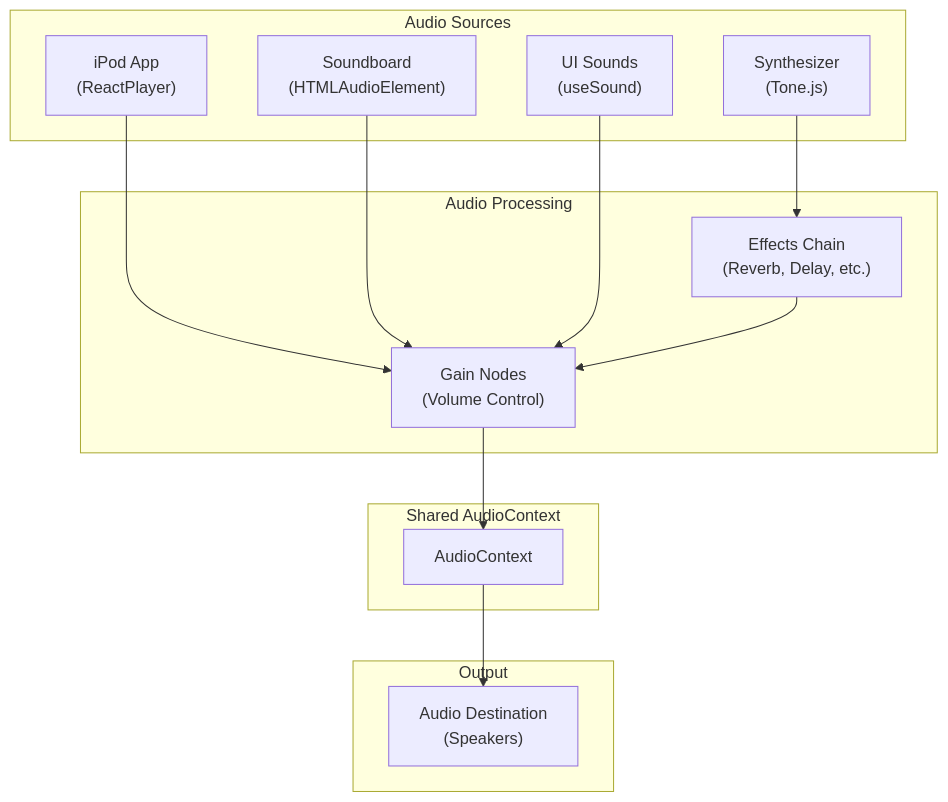
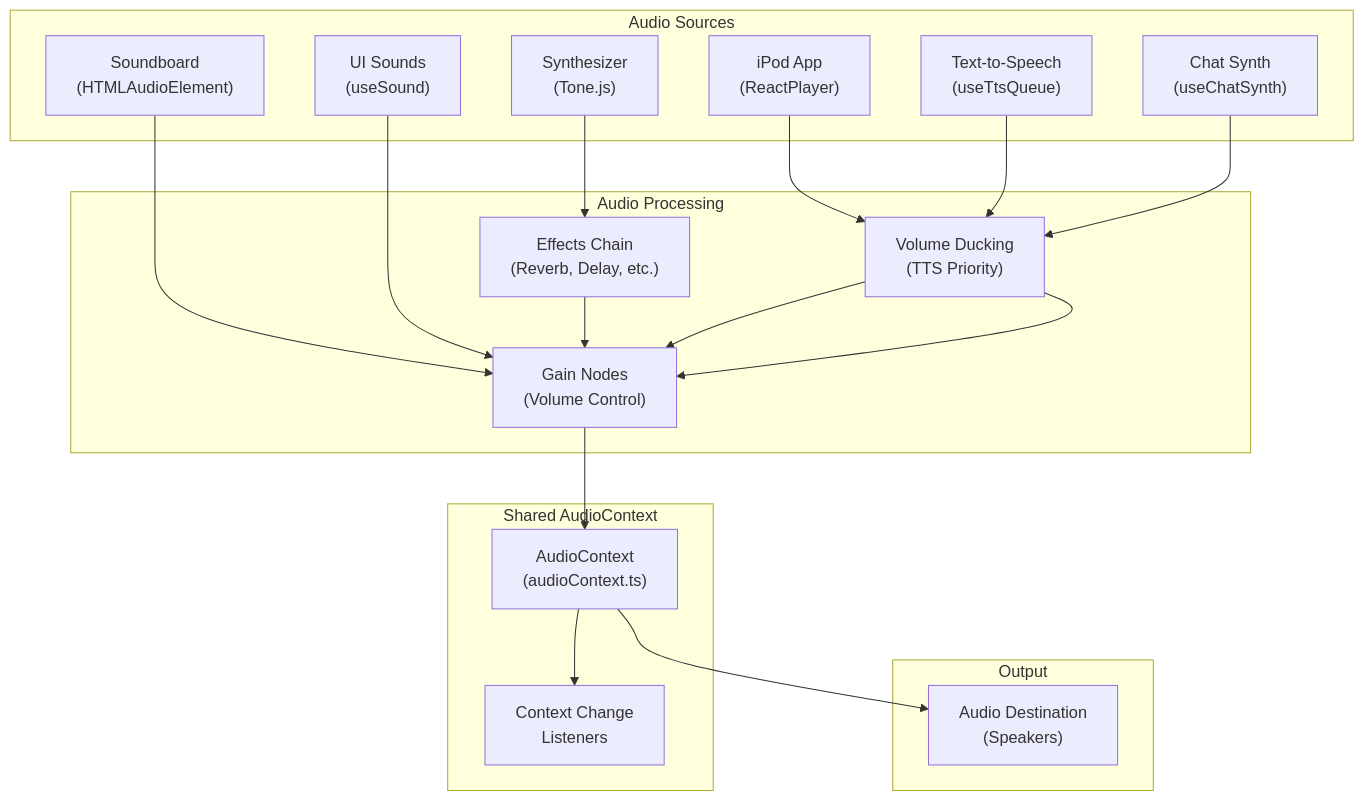
Before and after one commit to ryokun6/ryos: the first of 3 diagrams in docs/6-audio-system.md, drawn with Mermaid. The commit also changed other lines of this file and 54 other files, not shown here.

````diff
--- a/docs/6-audio-system.md
+++ b/docs/6-audio-system.md
@@ -17,28 +17,36 @@
 ```mermaid
 graph TB
     subgraph Sources["Audio Sources"]
         iPod["iPod App<br/>(ReactPlayer)"]
         Soundboard["Soundboard<br/>(HTMLAudioElement)"]
         UI["UI Sounds<br/>(useSound)"]
         Synth["Synthesizer<br/>(Tone.js)"]
+        TTS["Text-to-Speech<br/>(useTtsQueue)"]
+        ChatSynth["Chat Synth<br/>(useChatSynth)"]
     end
     
     subgraph Processing["Audio Processing"]
         GainNode["Gain Nodes<br/>(Volume Control)"]
         Effects["Effects Chain<br/>(Reverb, Delay, etc.)"]
+        Ducking["Volume Ducking<br/>(TTS Priority)"]
     end
     
     subgraph Context["Shared AudioContext"]
-        AC["AudioContext"]
+        AC["AudioContext<br/>(audioContext.ts)"]
+        Listeners["Context Change<br/>Listeners"]
     end
     
     subgraph Output["Output"]
         Dest["Audio Destination<br/>(Speakers)"]
     end
     
-    iPod --> GainNode
+    iPod --> Ducking
     Soundboard --> GainNode
     UI --> GainNode
     Synth --> Effects --> GainNode
+    TTS --> Ducking --> GainNode
+    ChatSynth --> Ducking
+    Ducking --> GainNode
     GainNode --> AC --> Dest
+    AC --> Listeners
 ```
````
